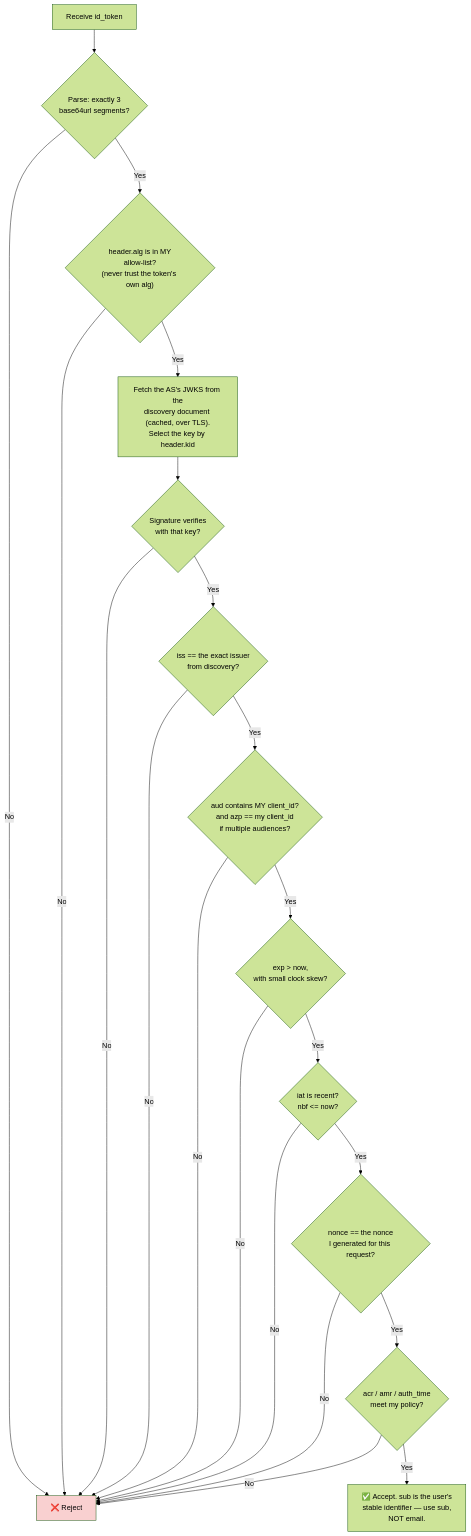
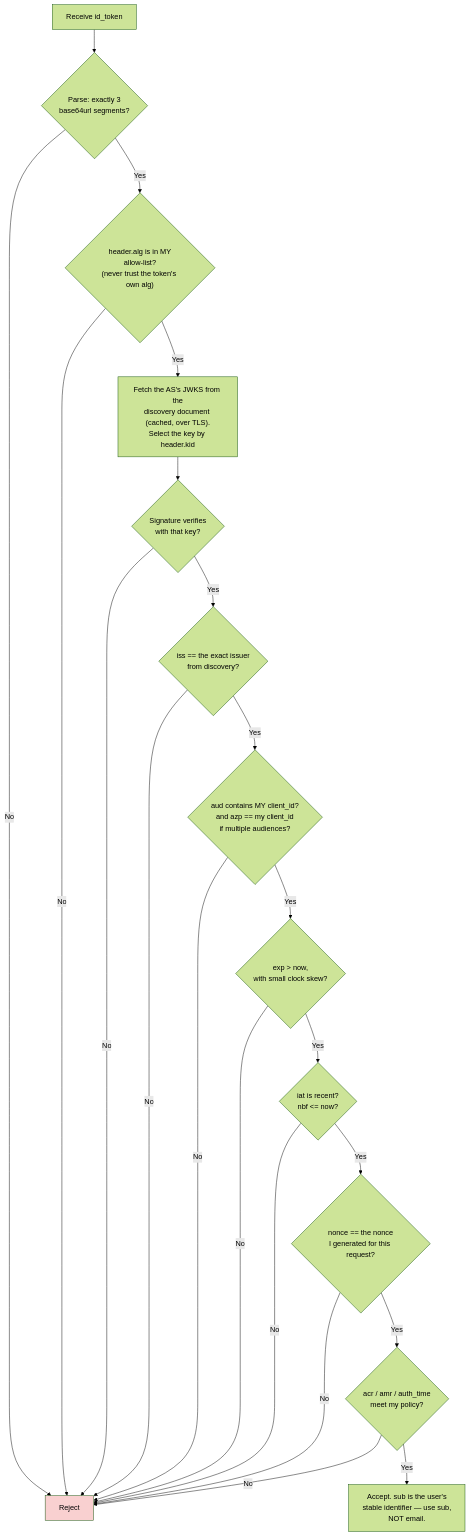
One commit to FlyPhantomFly/android-security-handbook changed diagram 16 of 22 in 45-OAuth/README.md. Above: the diagram before and after it, drawn with Mermaid (forest theme). The commit also changed other lines of this file and 118 other files, not shown here.

````diff
--- a/45-OAuth/README.md
+++ b/45-OAuth/README.md
@@ -1193,25 +1193,25 @@
 ```mermaid
 flowchart TD
     S["Receive id_token"] --> A1{"Parse: exactly 3<br/>base64url segments?"}
-    A1 -- No --> F["❌ Reject"]
+    A1 -- No --> F["Reject"]
     A1 -- Yes --> A2{"header.alg is in MY<br/>allow-list?<br/>(never trust the token's own alg)"}
     A2 -- No --> F
     A2 -- Yes --> A3["Fetch the AS's JWKS from the<br/>discovery document (cached, over TLS).<br/>Select the key by header.kid"]
     A3 --> A4{"Signature verifies<br/>with that key?"}
     A4 -- No --> F
     A4 -- Yes --> A5{"iss == the exact issuer<br/>from discovery?"}
     A5 -- No --> F
     A5 -- Yes --> A6{"aud contains MY client_id?<br/>and azp == my client_id<br/>if multiple audiences?"}
     A6 -- No --> F
     A6 -- Yes --> A7{"exp > now,<br/>with small clock skew?"}
     A7 -- No --> F
     A7 -- Yes --> A8{"iat is recent?<br/>nbf <= now?"}
     A8 -- No --> F
     A8 -- Yes --> A9{"nonce == the nonce<br/>I generated for this request?"}
     A9 -- No --> F
     A9 -- Yes --> A10{"acr / amr / auth_time<br/>meet my policy?"}
     A10 -- No --> F
-    A10 -- Yes --> OK["✅ Accept. sub is the user's<br/>stable identifier — use sub,<br/>NOT email."]
+    A10 -- Yes --> OK["Accept. sub is the user's<br/>stable identifier — use sub,<br/>NOT email."]
 
     style F fill:#f9d0d0
 ```
````
